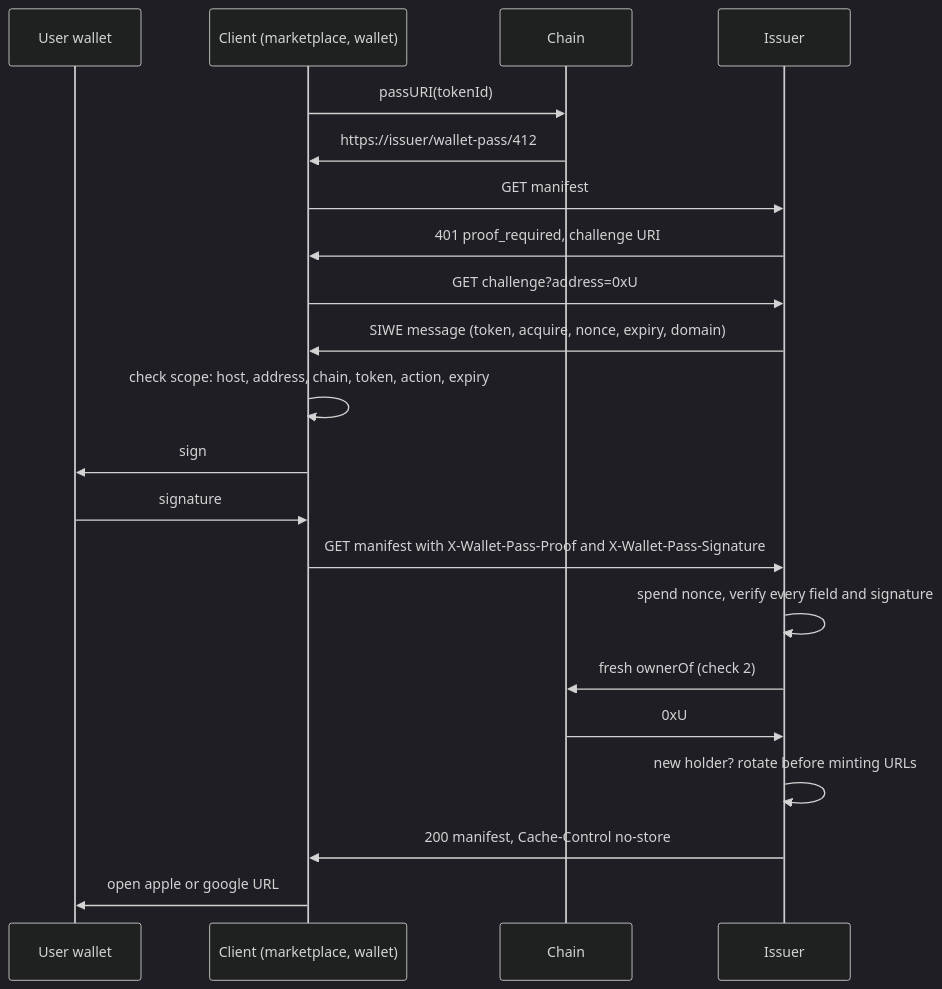
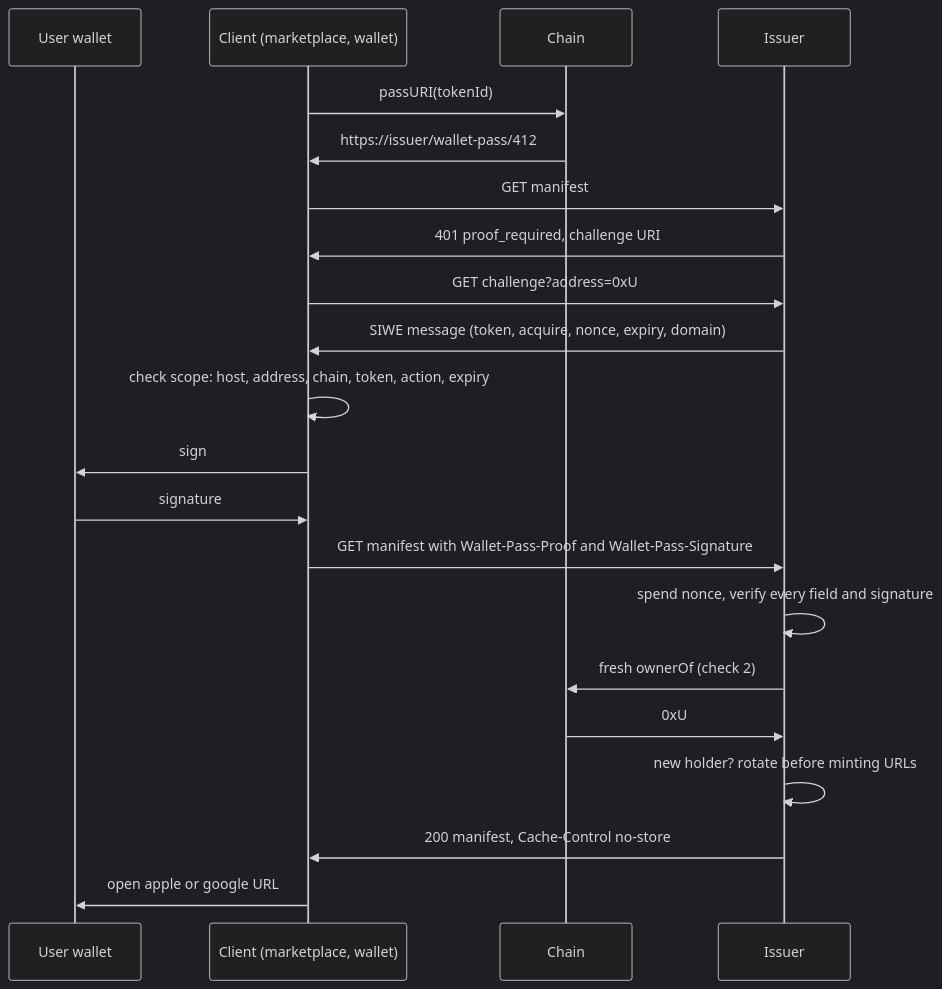
The second of 3 diagrams in docs/concepts.md (huntclubhero/erc8426-sdk), drawn with Mermaid (dark theme) before and after one commit. The commit also changed 16 other files, not shown here.

First line of the commit message:
spec: Wallet-Pass-* proof headers (X- names still read) and manifest version 1

````diff
--- a/docs/concepts.md
+++ b/docs/concepts.md
@@ -74,23 +74,23 @@
 ```mermaid
 sequenceDiagram
     participant U as User wallet
     participant CL as Client (marketplace, wallet)
     participant CH as Chain
     participant I as Issuer
     CL->>CH: passURI(tokenId)
     CH->>CL: https://issuer/wallet-pass/412
     CL->>I: GET manifest
     I->>CL: 401 proof_required, challenge URI
     CL->>I: GET challenge?address=0xU
     I->>CL: SIWE message (token, acquire, nonce, expiry, domain)
     CL->>CL: check scope: host, address, chain, token, action, expiry
     CL->>U: sign
     U->>CL: signature
-    CL->>I: GET manifest with X-Wallet-Pass-Proof and X-Wallet-Pass-Signature
+    CL->>I: GET manifest with Wallet-Pass-Proof and Wallet-Pass-Signature
     I->>I: spend nonce, verify every field and signature
     I->>CH: fresh ownerOf (check 2)
     CH->>I: 0xU
     I->>I: new holder? rotate before minting URLs
     I->>CL: 200 manifest, Cache-Control no-store
     CL->>U: open apple or google URL
 ```
````
